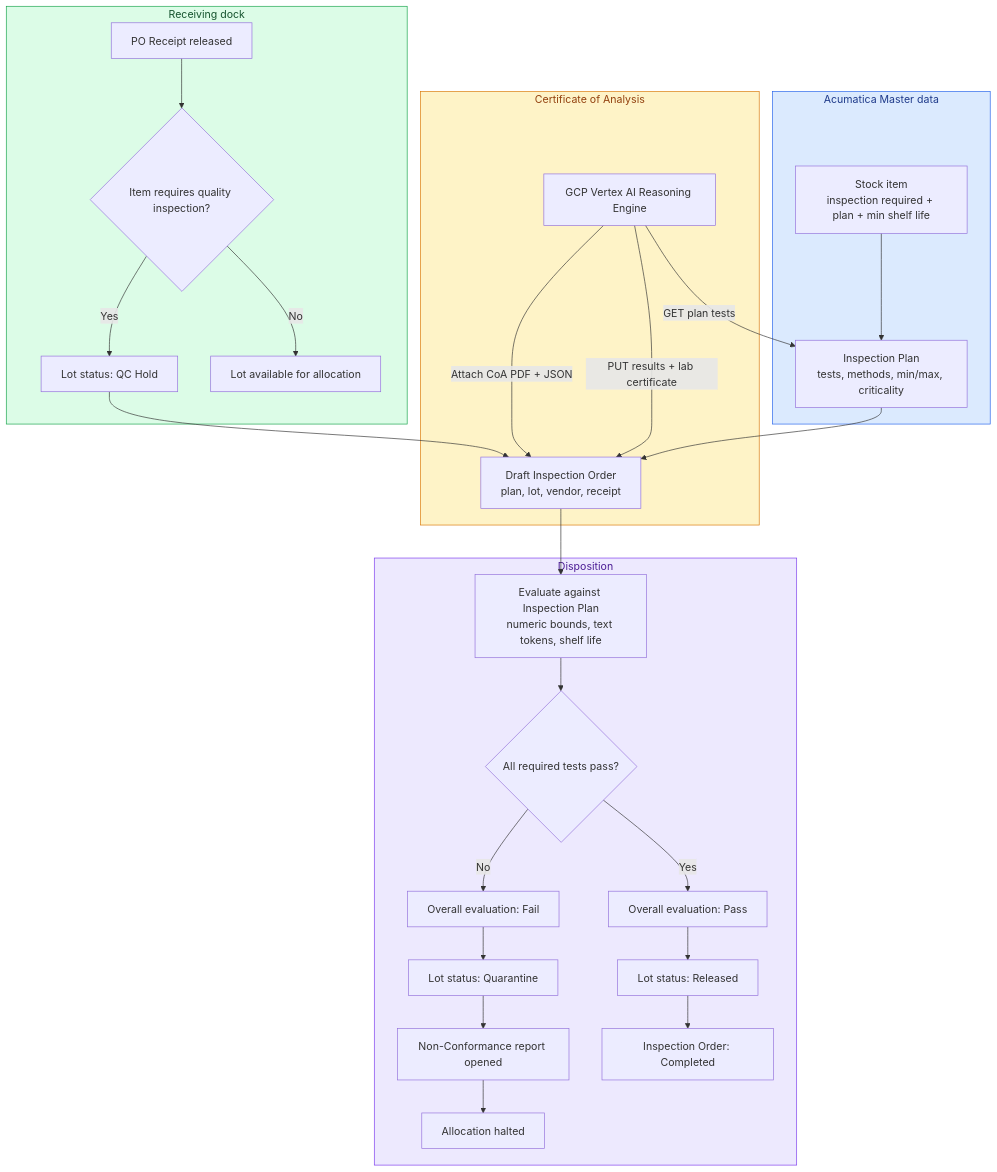
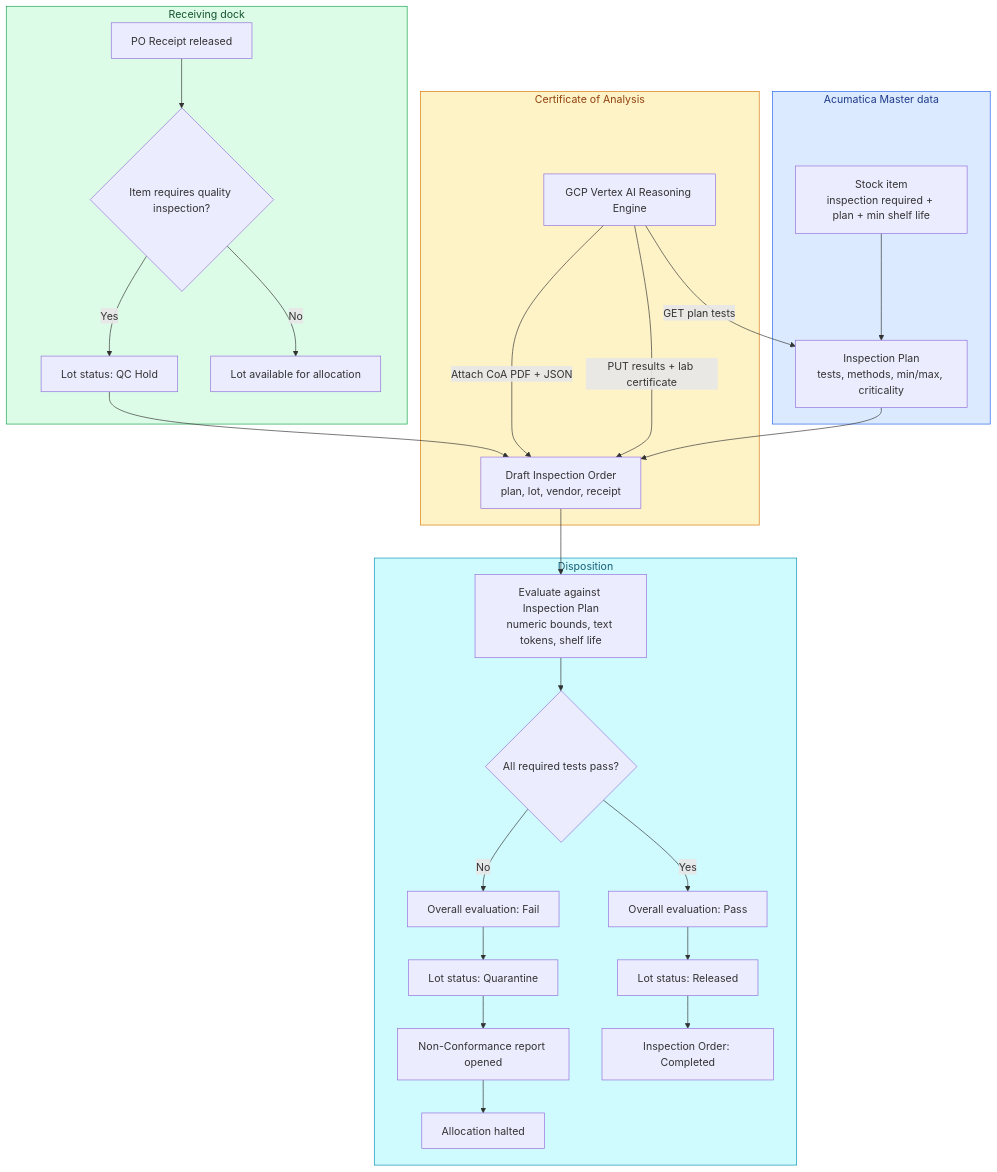
One commit to kborovik/acu-custom-qms changed the diagram in README.md. Above: the diagram before and after it, drawn with Mermaid.

Commit message:
docs(readme): update disposition node color in flowchart

````diff
--- a/README.md
+++ b/README.md
@@ -55,42 +55,42 @@
 ```mermaid
 flowchart TD
     subgraph master [Acumatica Master data]
         Plan["Inspection Plan<br/>tests, methods, min/max, criticality"]
         Item["Stock item<br/>inspection required + plan + min shelf life"]
         Item --> Plan
     end
 
     subgraph coa [Certificate of Analysis]
         Engine["GCP Vertex AI Reasoning Engine"]
         Engine -->|"GET plan tests"| Plan
         Engine -->|"PUT results + lab certificate"| Draft
         Engine -->|"Attach CoA PDF + JSON"| Draft
     end
 
     subgraph dock [Receiving dock]
         Rec["PO Receipt released"]
         Rec --> Need{"Item requires quality inspection?"}
         Need -->|No| Free["Lot available for allocation"]
         Need -->|Yes| Hold["Lot status: QC Hold"]
         Hold --> Draft["Draft Inspection Order<br/>plan, lot, vendor, receipt"]
         Plan --> Draft
     end
 
     subgraph disposition [Disposition]
         Eval["Evaluate against Inspection Plan<br/>numeric bounds, text tokens, shelf life"]
         Draft --> Eval
         Eval --> Gate{"All required tests pass?"}
         Gate -->|Yes| Pass["Overall evaluation: Pass"]
         Pass --> Rel["Lot status: Released"]
         Rel --> Done["Inspection Order: Completed"]
         Gate -->|No| Fail["Overall evaluation: Fail"]
         Fail --> Quar["Lot status: Quarantine"]
         Quar --> NCR["Non-Conformance report opened"]
         NCR --> Halt["Allocation halted"]
     end
 
     style master fill:#dbeafe,stroke:#2563eb,color:#1e3a8a
     style coa fill:#fef3c7,stroke:#d97706,color:#92400e
     style dock fill:#dcfce7,stroke:#16a34a,color:#14532d
-    style disposition fill:#ede9fe,stroke:#7c3aed,color:#4c1d95
+    style disposition fill:#cffafe,stroke:#0891b2,color:#155e75
 ```
````
